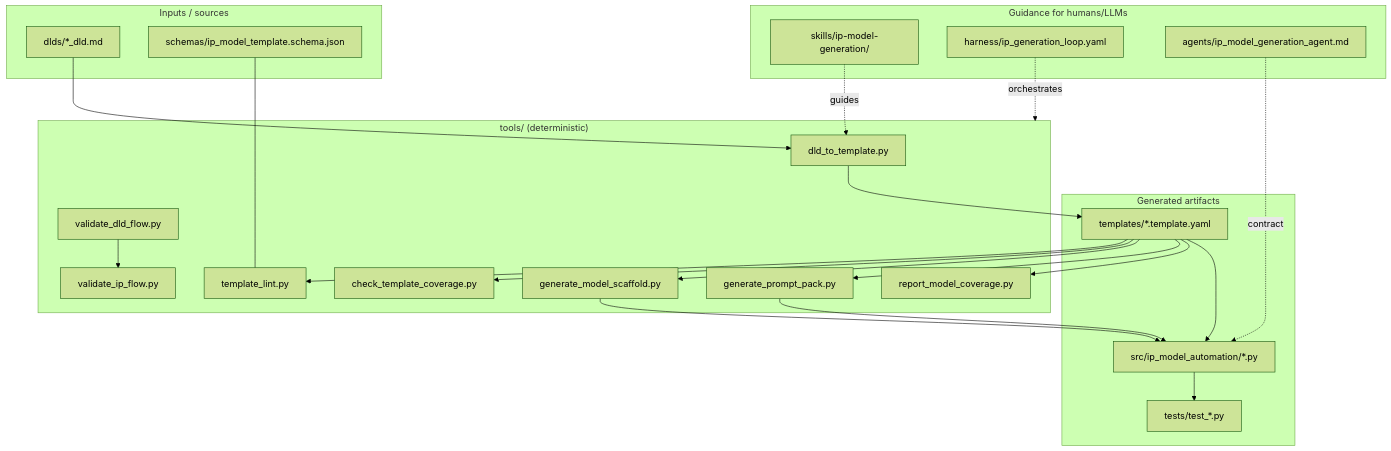
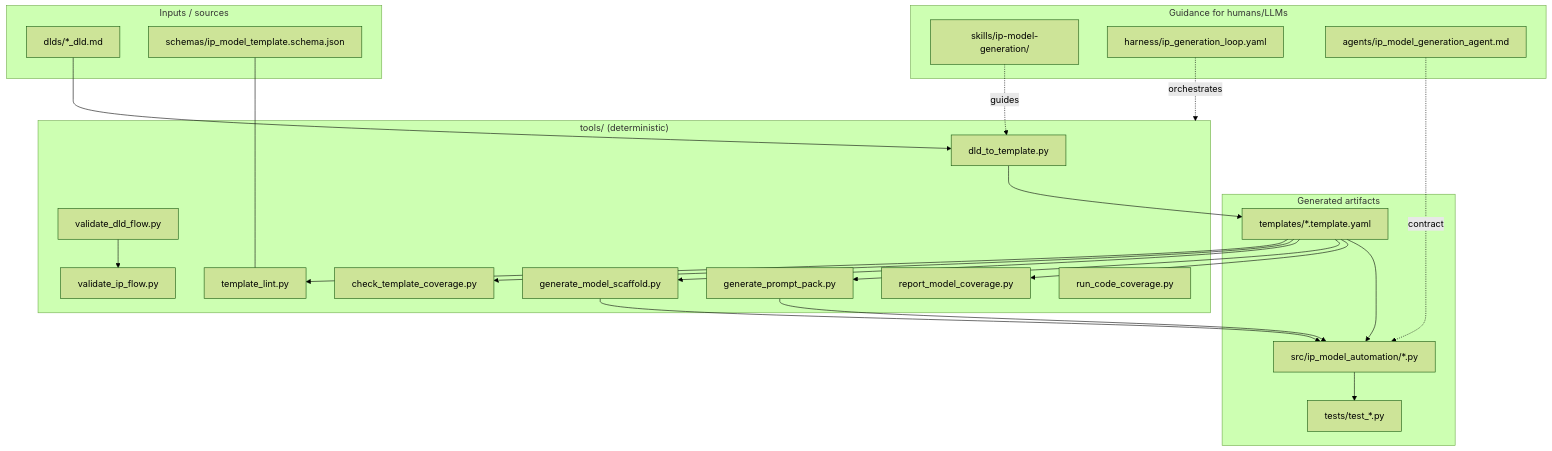
The eighth of 8 diagrams in docs/project_overview.md (kushkumar16/ip_model_automation), drawn with Mermaid (forest theme) before and after one commit. The commit also changed other lines of this file and 5 other files, not shown here.

First line of the commit message:
Add code coverage report (coverage.py) as a pipeline stage

````diff
--- a/docs/project_overview.md
+++ b/docs/project_overview.md
@@ -434,38 +440,39 @@
 ```mermaid
 flowchart TB
     subgraph inputs["Inputs / sources"]
         DLDS["dlds/*_dld.md"]
         SCHEMA["schemas/ip_model_template.schema.json"]
     end
     subgraph tools["tools/ (deterministic)"]
         T1["dld_to_template.py"]
         T2["template_lint.py"]
         T3["check_template_coverage.py"]
         T4["generate_model_scaffold.py"]
         T5["generate_prompt_pack.py"]
         T6["report_model_coverage.py"]
         T7["validate_ip_flow.py"]
         T8["validate_dld_flow.py"]
+        T9["run_code_coverage.py"]
     end
     subgraph guidance["Guidance for humans/LLMs"]
         SK["skills/ip-model-generation/"]
         HR["harness/ip_generation_loop.yaml"]
         AG["agents/ip_model_generation_agent.md"]
     end
     subgraph outputs["Generated artifacts"]
         TPL["templates/*.template.yaml"]
         MOD["src/ip_model_automation/*.py"]
         TST["tests/test_*.py"]
     end
 
     DLDS --> T1 --> TPL
     SCHEMA --- T2
     TPL --> T2 & T3 & T4 & T5 & T6
     T4 --> MOD
     T5 --> MOD
     TPL --> MOD --> TST
     T8 --> T7
     SK -.guides.-> T1
     HR -.orchestrates.-> tools
     AG -.contract.-> MOD
 ```
````
